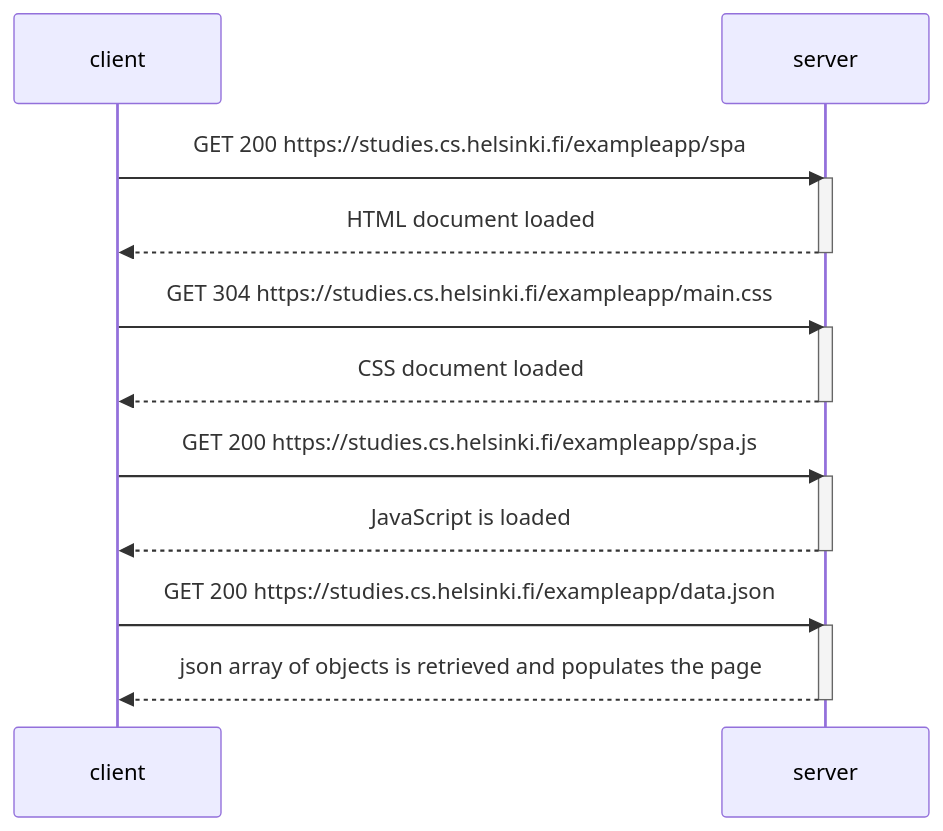
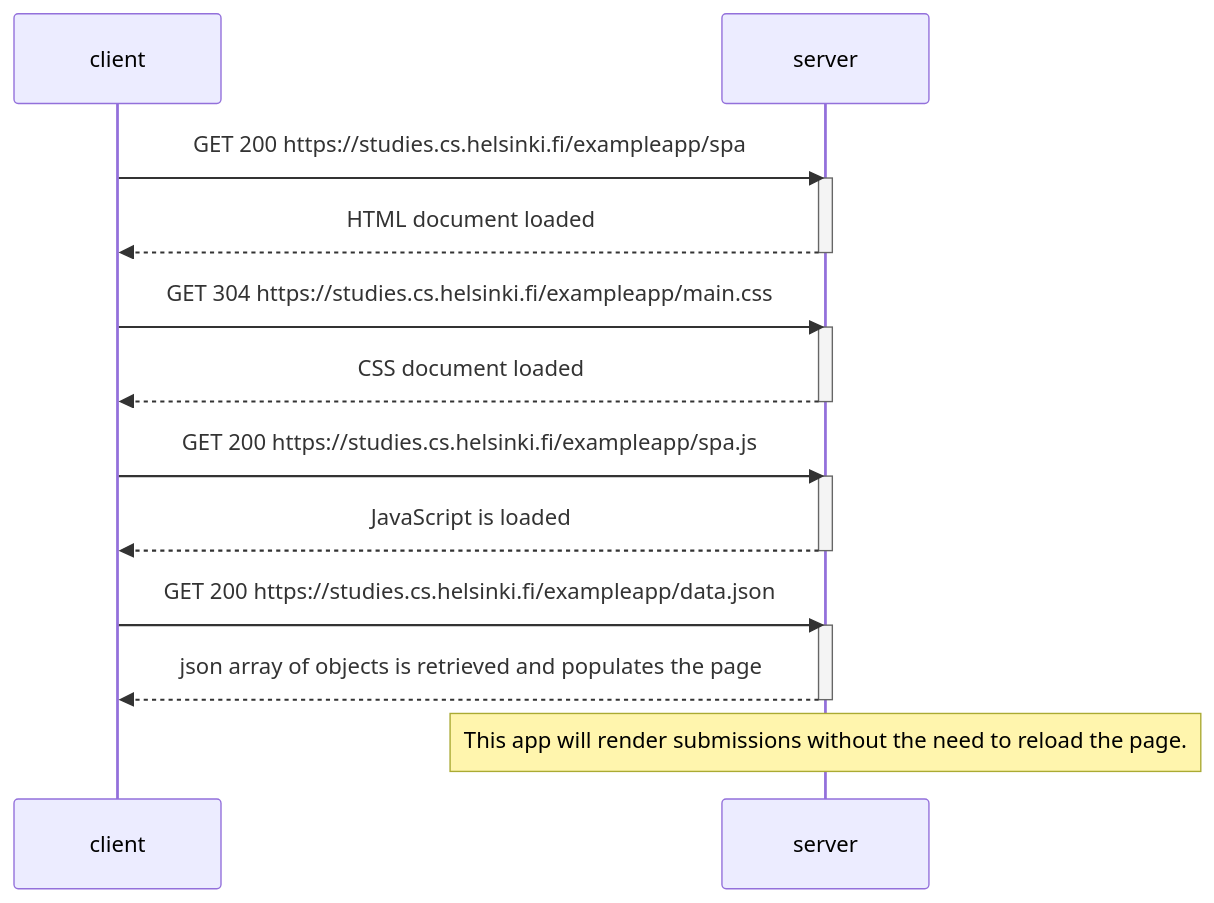
One commit to theDapperFoxtrot/fullstackopen-part0-exercises changed the second of 3 diagrams in README.md. Above: the diagram before and after it, drawn with Mermaid. The commit also changed other lines of this file, not shown here.

````diff
--- a/README.md
+++ b/README.md
@@ -43,28 +43,29 @@
 ```mermaid
 sequenceDiagram
     participant client
     participant server
     
     
     client->>server: GET 200 https://studies.cs.helsinki.fi/exampleapp/spa
     activate server
     server-->>client: HTML document loaded
     deactivate server
     
     
     client->>server: GET 304 https://studies.cs.helsinki.fi/exampleapp/main.css
     activate server
     server-->>client: CSS document loaded
     deactivate server
     
     
     client->>server: GET 200 https://studies.cs.helsinki.fi/exampleapp/spa.js
     activate server
     server-->>client: JavaScript is loaded
     deactivate server
     
     client->>server: GET 200 https://studies.cs.helsinki.fi/exampleapp/data.json
     activate server
     server-->>client: json array of objects is retrieved and populates the page
     deactivate server
+    Note over server: This app will render submissions without the need to reload the page.
 ```
````
